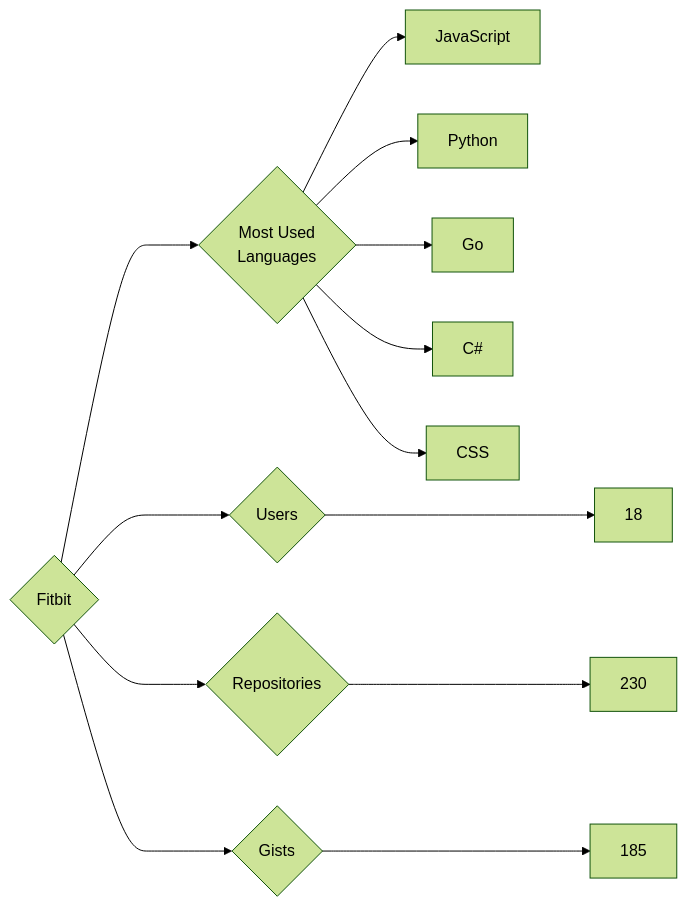
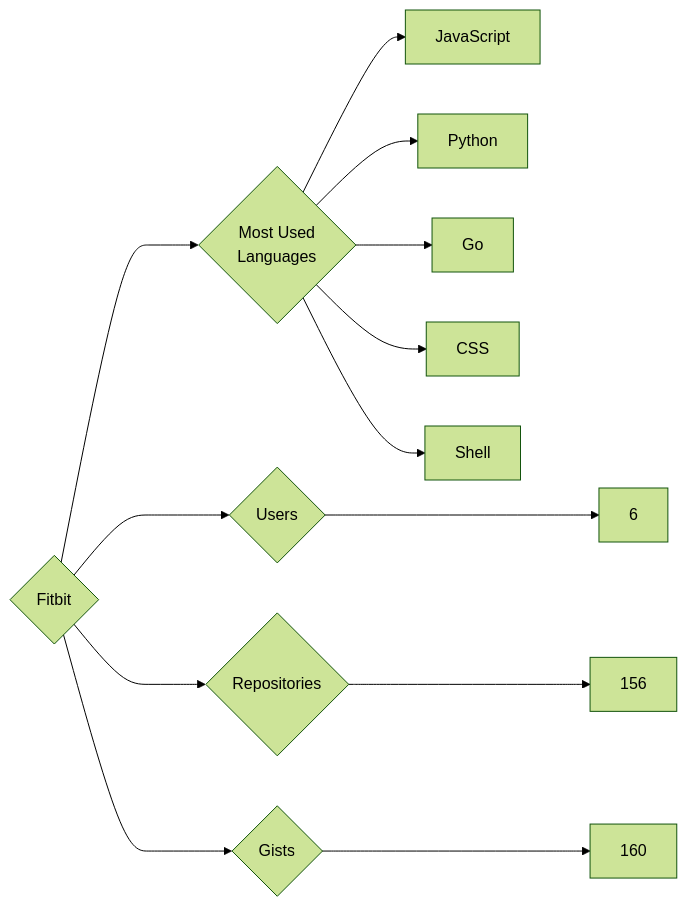
Before and after one commit to trickest/insiders: the diagram in targets/Fitbit/README.md, drawn with Mermaid (forest theme). The commit also changed 951 other files, not shown here.

````diff
--- a/targets/Fitbit/README.md
+++ b/targets/Fitbit/README.md
@@ -3,13 +3,13 @@
 ```mermaid
 graph LR
 COMPANY_NAME{Fitbit}
-COMPANY_NAME ---> U{Users} ---> UN[18]
-COMPANY_NAME ---> R{Repositories} ---> RN[230]
-COMPANY_NAME ---> G{Gists} ---> GN[185]
+COMPANY_NAME ---> U{Users} ---> UN[6]
+COMPANY_NAME ---> R{Repositories} ---> RN[156]
+COMPANY_NAME ---> G{Gists} ---> GN[160]
 COMPANY_NAME ---> ML{Most Used<br>Languages}
-ML --> JavaScript
-ML --> Python
-ML --> Go
-ML --> C#
-ML --> CSS
+ML --> JavaScript[JavaScript]
+ML --> Python[Python]
+ML --> Go[Go]
+ML --> CSS[CSS]
+ML --> Shell[Shell]
 ```
````
